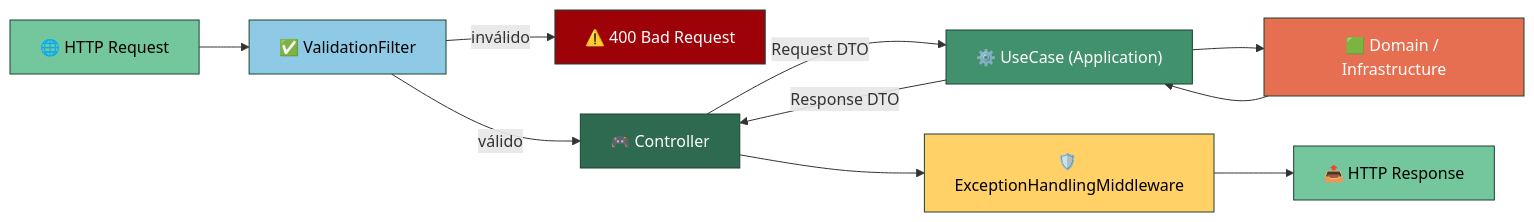
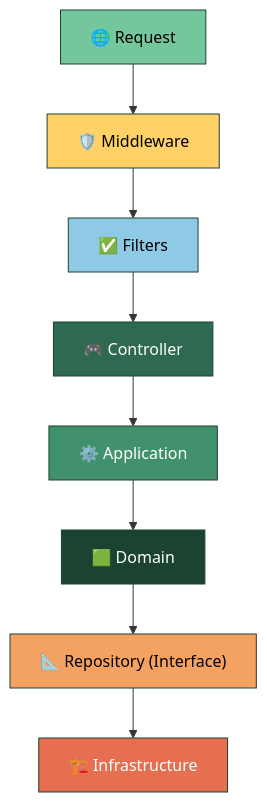
One commit to jhoncalleflores1035/precotex-backend-arquitectura changed the second of 2 diagrams in PrecotexProyecto/src/Precotex.Proyecto.Api/README.md. Above: the diagram before and after it, drawn with Mermaid. The commit also changed other lines of this file, not shown here.

````diff
--- a/PrecotexProyecto/src/Precotex.Proyecto.Api/README.md
+++ b/PrecotexProyecto/src/Precotex.Proyecto.Api/README.md
@@ -46,21 +48,19 @@
 ```mermaid
-flowchart LR
-    A["🌐 HTTP Request"] --> C["✅ ValidationFilter"]
-    C -->|inválido| X["⚠️ 400 Bad Request"]
-    C -->|válido| D["🎮 Controller"]
-    D -->|"Request DTO"| E["⚙️ UseCase (Application)"]
-    E --> F["🟩 Domain / Infrastructure"]
-    F --> E
-    E -->|"Response DTO"| D
-    D --> G["🛡️ ExceptionHandlingMiddleware"]
-    G --> H["📤 HTTP Response"]
+flowchart TD
+    A["🌐 Request"] --> B["🛡️ Middleware"]
+    B --> C["✅ Filters"]
+    C --> D["🎮 Controller"]
+    D --> E["⚙️ Application"]
+    E --> F["🟩 Domain"]
+    F --> G["📐 Repository (Interface)"]
+    G --> H["🏗️ Infrastructure"]
 
     style A fill:#74c69d,stroke:#1b4332,color:#000
+    style B fill:#ffd166,stroke:#1b4332,color:#000
     style C fill:#8ecae6,stroke:#1b4332,color:#000
-    style X fill:#9d0208,stroke:#1b4332,color:#fff
     style D fill:#2d6a4f,stroke:#1b4332,color:#fff
     style E fill:#40916c,stroke:#1b4332,color:#fff
-    style F fill:#e76f51,stroke:#1b4332,color:#fff
-    style G fill:#ffd166,stroke:#1b4332,color:#000
-    style H fill:#74c69d,stroke:#1b4332,color:#000
+    style F fill:#1b4332,stroke:#1b4332,color:#fff
+    style G fill:#f4a261,stroke:#1b4332,color:#000
+    style H fill:#e76f51,stroke:#1b4332,color:#fff
 ```
````
